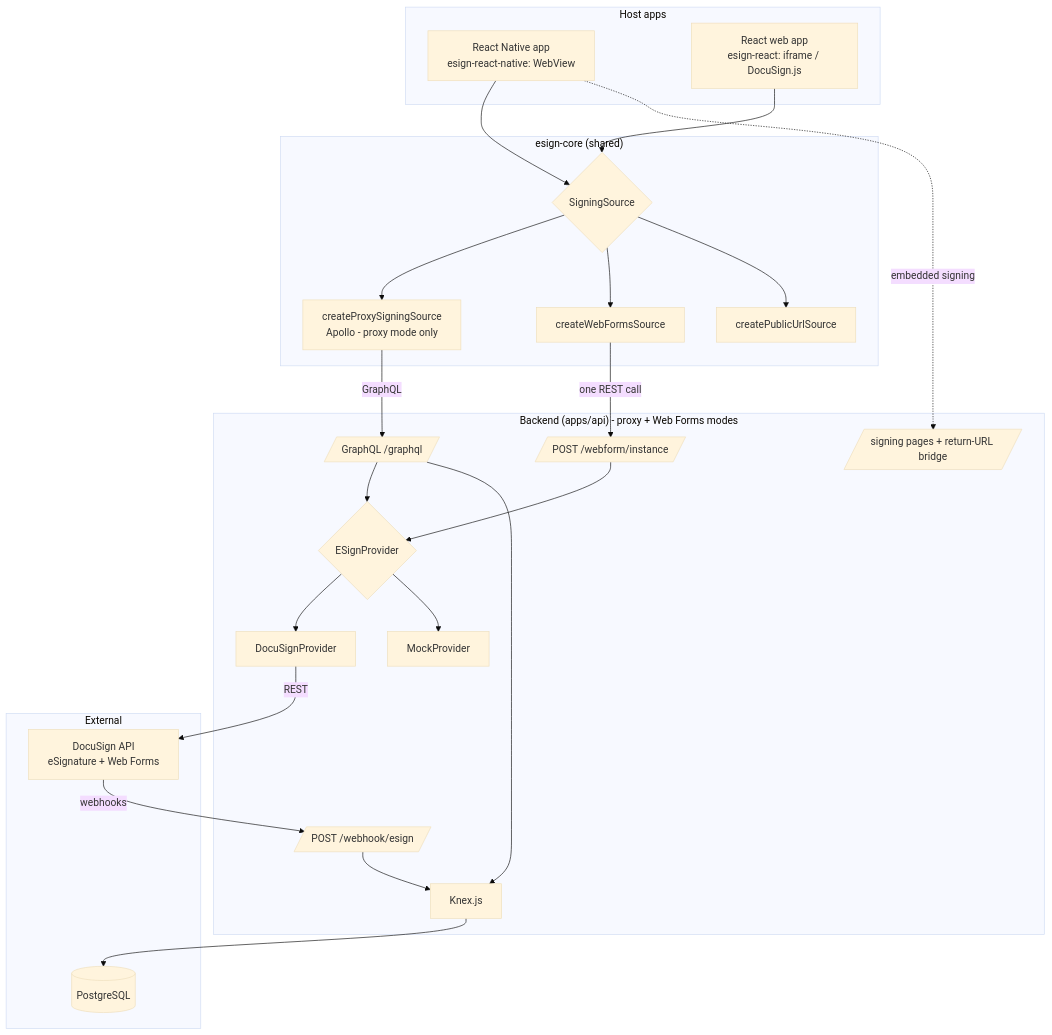
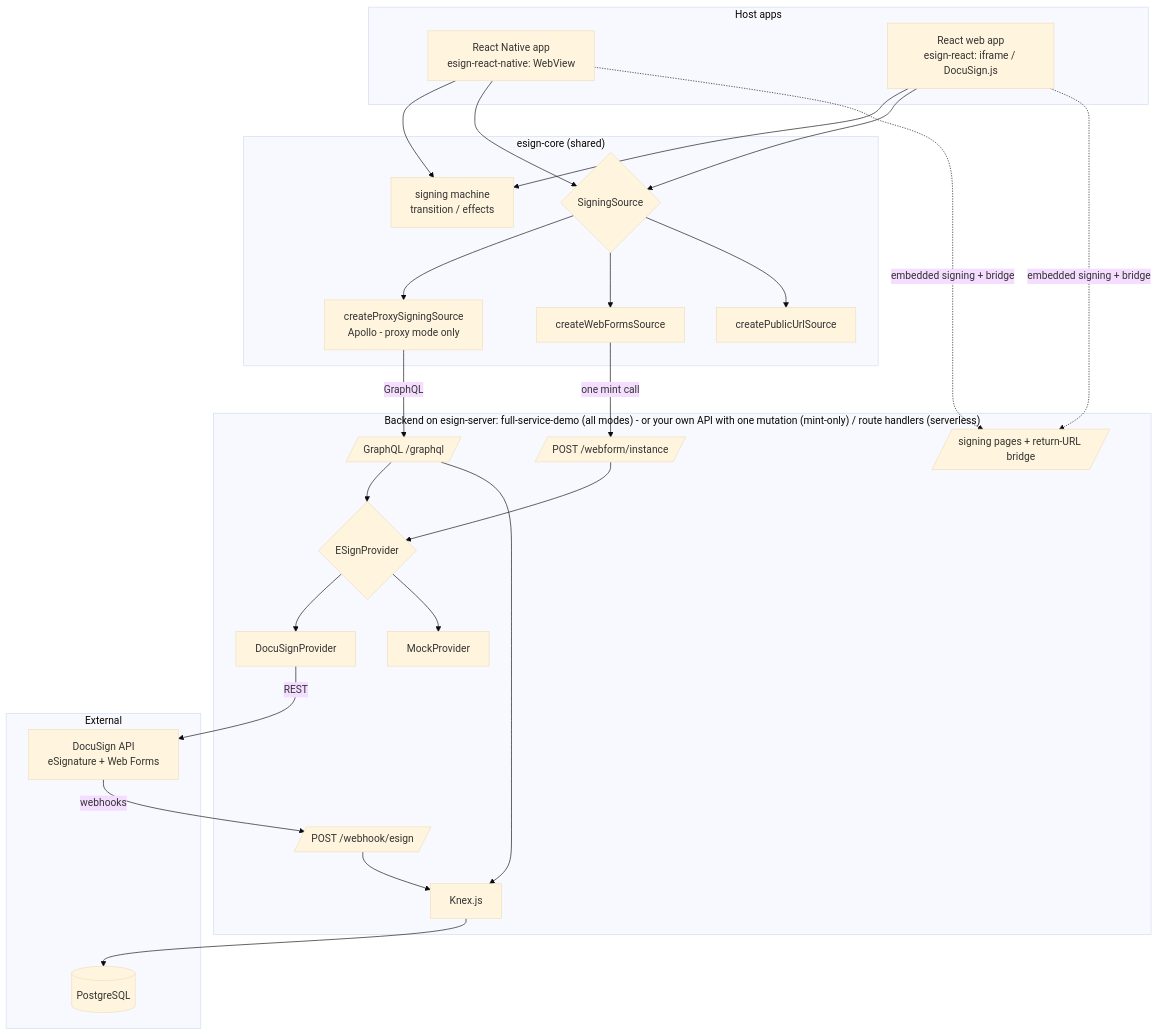
One commit to blinkbitcoin/esign changed the diagram in docs/diagrams/src/system-architecture.mmd. Above: the diagram before and after it, drawn with Mermaid (base theme). The commit also changed 416 other files, not shown here.

First line of the commit message:
feat(server): esign-server package, server examples, live DocuSign verification and hardening (#73)

```diff
--- a/docs/diagrams/src/system-architecture.mmd
+++ b/docs/diagrams/src/system-architecture.mmd
@@ -1,43 +1,47 @@
 flowchart TB
     subgraph Hosts["Host apps"]
         RN[React Native app<br/>esign-react-native: WebView]
         WEB[React web app<br/>esign-react: iframe / DocuSign.js]
     end
 
     subgraph Core["esign-core (shared)"]
+        MACHINE[signing machine<br/>transition / effects]
         SRC{SigningSource}
         PROXY[createProxySigningSource<br/>Apollo - proxy mode only]
         WF[createWebFormsSource]
         PUB[createPublicUrlSource]
     end
 
-    subgraph Backend["Backend (apps/api) - proxy + Web Forms modes"]
+    subgraph Backend["Backend on esign-server: full-service-demo (all modes) - or your own API with one mutation (mint-only) / route handlers (serverless)"]
         GQL[/"GraphQL /graphql"/]
         WFI[/"POST /webform/instance"/]
         WH[/"POST /webhook/esign"/]
         SP[/"signing pages + return-URL bridge"/]
         PROV{ESignProvider}
         DS[DocuSignProvider]
         MOCK[MockProvider]
         KNEX[Knex.js]
     end
 
     subgraph External["External"]
         DOCU[DocuSign API<br/>eSignature + Web Forms]
         DB[(PostgreSQL)]
     end
 
+    RN --> MACHINE
+    WEB --> MACHINE
     RN --> SRC
     WEB --> SRC
     SRC --> PROXY & WF & PUB
     PROXY -->|GraphQL| GQL
-    WF -->|one REST call| WFI
+    WF -->|one mint call| WFI
     GQL --> PROV
     WFI --> PROV
     PROV --> DS & MOCK
     DS -->|REST| DOCU
     DOCU -->|webhooks| WH
     GQL --> KNEX
     WH --> KNEX
     KNEX --> DB
-    RN -.->|embedded signing| SP
+    RN -.->|embedded signing + bridge| SP
+    WEB -.->|embedded signing + bridge| SP
```
